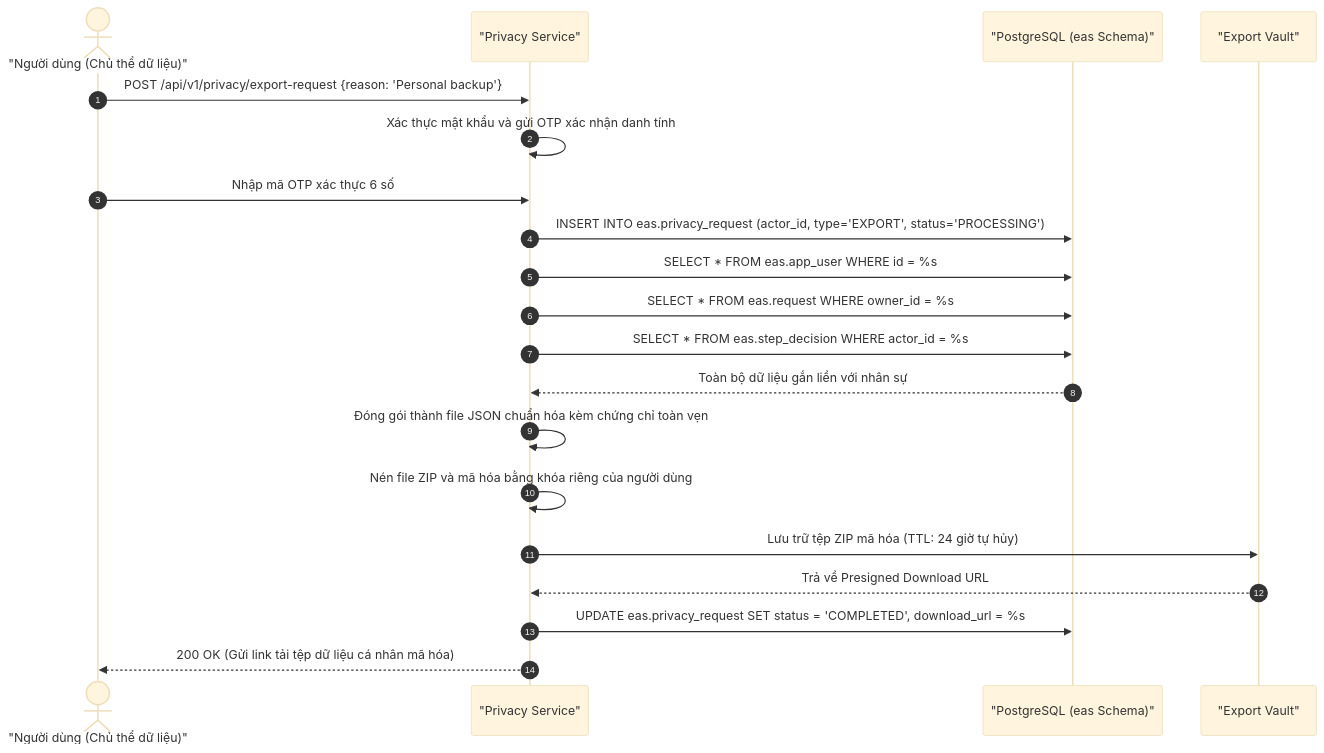
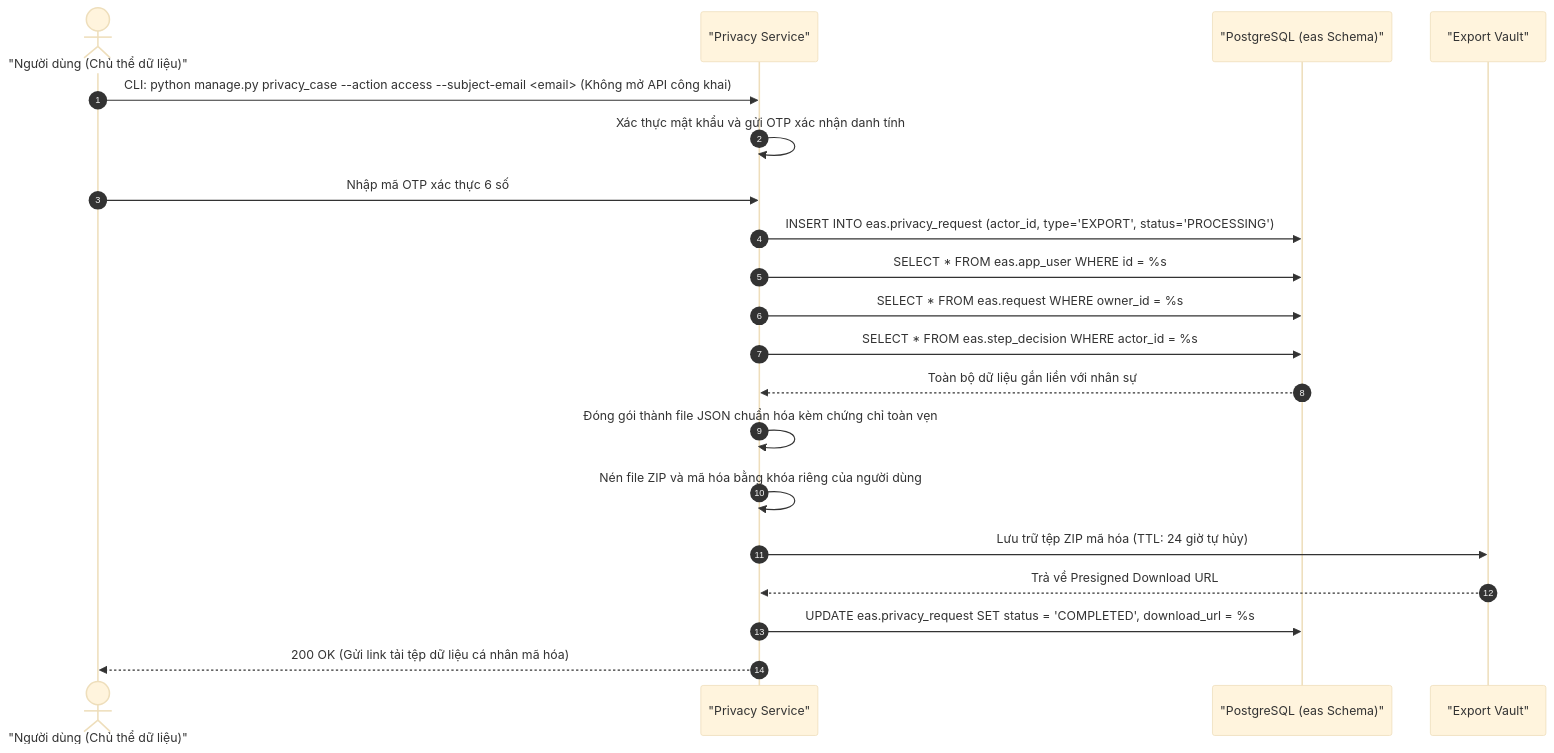
One commit to PhanQuangHuy2310/DATN changed diagram 11 of 22 in workspace/analysis_design/04_SO_DO_SEQUENCE.md. Above: the diagram before and after it, drawn with Mermaid (base theme). The commit also changed other lines of this file and 176 other files, not shown here.

First line of the commit message:
feat: external systems via API, schema v2, security fixes and E2E-verified UI

````diff
--- a/workspace/analysis_design/04_SO_DO_SEQUENCE.md
+++ b/workspace/analysis_design/04_SO_DO_SEQUENCE.md
@@ -465,26 +465,26 @@
 ```mermaid
 sequenceDiagram
     autonumber
     actor User as "Người dùng (Chủ thể dữ liệu)"
     participant Core as "Privacy Service"
     participant DB as "PostgreSQL (eas Schema)"
     participant Storage as "Export Vault"
 
-    User->>Core: POST /api/v1/privacy/export-request {reason: 'Personal backup'}
+    User->>Core: CLI: python manage.py privacy_case --action access --subject-email <email> (Không mở API công khai)
     Core->>Core: Xác thực mật khẩu và gửi OTP xác nhận danh tính
     User->>Core: Nhập mã OTP xác thực 6 số
     Core->>DB: INSERT INTO eas.privacy_request (actor_id, type='EXPORT', status='PROCESSING')
 
     Core->>DB: SELECT * FROM eas.app_user WHERE id = %s
     Core->>DB: SELECT * FROM eas.request WHERE owner_id = %s
     Core->>DB: SELECT * FROM eas.step_decision WHERE actor_id = %s
     DB-->>Core: Toàn bộ dữ liệu gắn liền với nhân sự
     
     Core->>Core: Đóng gói thành file JSON chuẩn hóa kèm chứng chỉ toàn vẹn
     Core->>Core: Nén file ZIP và mã hóa bằng khóa riêng của người dùng
     Core->>Storage: Lưu trữ tệp ZIP mã hóa (TTL: 24 giờ tự hủy)
     Storage-->>Core: Trả về Presigned Download URL
     
     Core->>DB: UPDATE eas.privacy_request SET status = 'COMPLETED', download_url = %s
     Core-->>User: 200 OK (Gửi link tải tệp dữ liệu cá nhân mã hóa)
 ```
````
